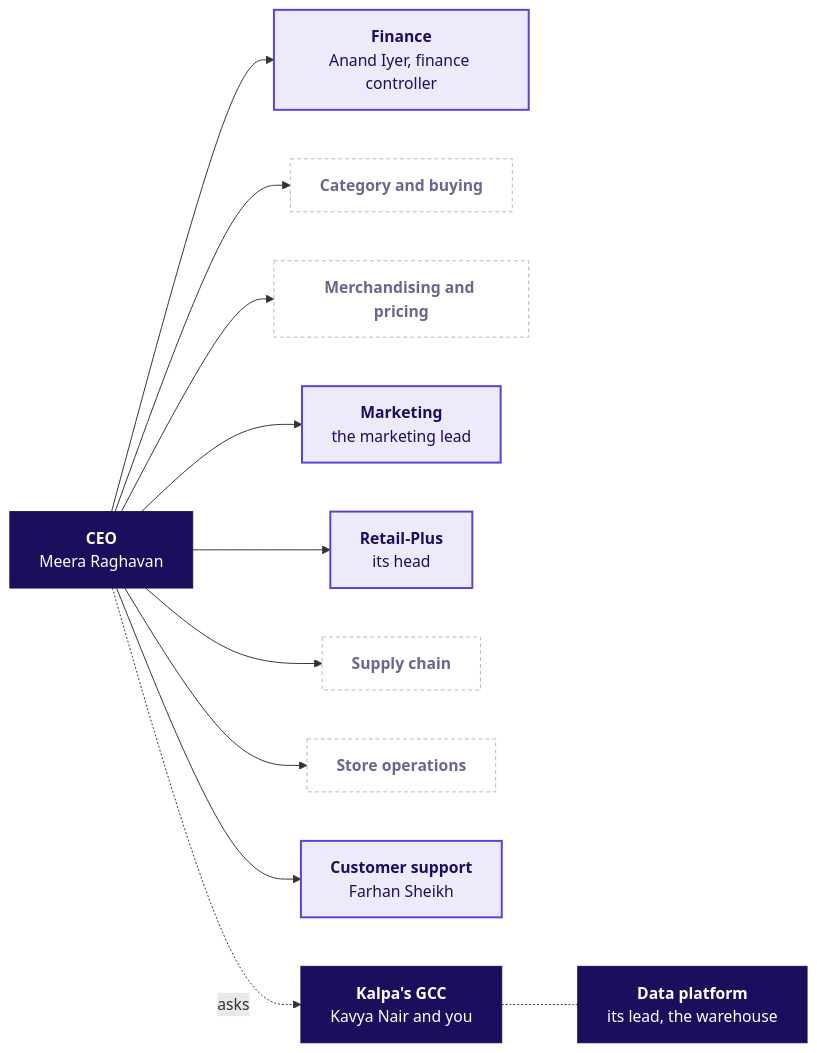
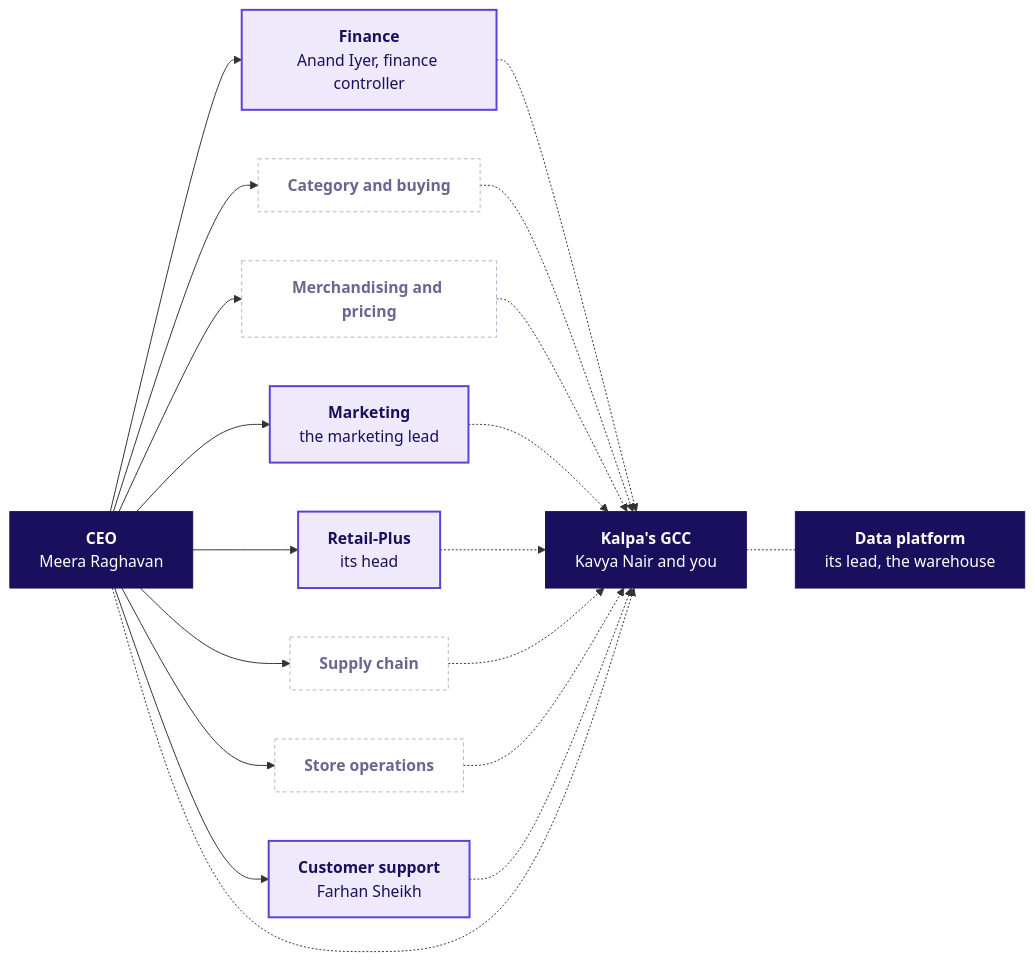
The fourth of 6 diagrams in content/W01/D1/study-notes/C2_W01_D01_domain_retail_STUDENT.md (fde-academy-lab/c2-content-factory), drawn with Mermaid before and after one commit. The commit also changed other lines of this file, not shown here.

````diff
--- a/content/W01/D1/study-notes/C2_W01_D01_domain_retail_STUDENT.md
+++ b/content/W01/D1/study-notes/C2_W01_D01_domain_retail_STUDENT.md
@@ -177,19 +177,20 @@
 ```mermaid
 flowchart LR
     CEO["<b>CEO</b><br/>Meera Raghavan"] --> FIN["<b>Finance</b><br/>Anand Iyer, finance controller"]
     CEO --> CAT["<b>Category and buying</b>"]
     CEO --> PRI["<b>Merchandising and pricing</b>"]
     CEO --> MKT["<b>Marketing</b><br/>the marketing lead"]
     CEO --> RP["<b>Retail-Plus</b><br/>its head"]
     CEO --> SC["<b>Supply chain</b>"]
     CEO --> OPS["<b>Store operations</b>"]
     CEO --> CS["<b>Customer support</b><br/>Farhan Sheikh"]
-    CEO -.->|asks| GCC["<b>Kalpa's GCC</b><br/>Kavya Nair and you"]
+    FIN & CAT & PRI & MKT & RP & SC & OPS & CS -.-> GCC["<b>Kalpa's GCC</b><br/>Kavya Nair and you"]
+    CEO -.-> GCC
     GCC -.- DP["<b>Data platform</b><br/>its lead, the warehouse"]
     classDef known fill:#EEEAFB,stroke:#5B3FD6,color:#1A0F5C,stroke-width:2px
     classDef unknown fill:#FFFFFF,stroke:#B8B2D6,color:#6B6690,stroke-dasharray:4 3
     classDef dark fill:#1A0F5C,stroke:#1A0F5C,color:#FFFFFF
     class FIN,MKT,RP,CS known
     class CAT,PRI,SC,OPS unknown
     class CEO,GCC,DP dark
 ```
````
